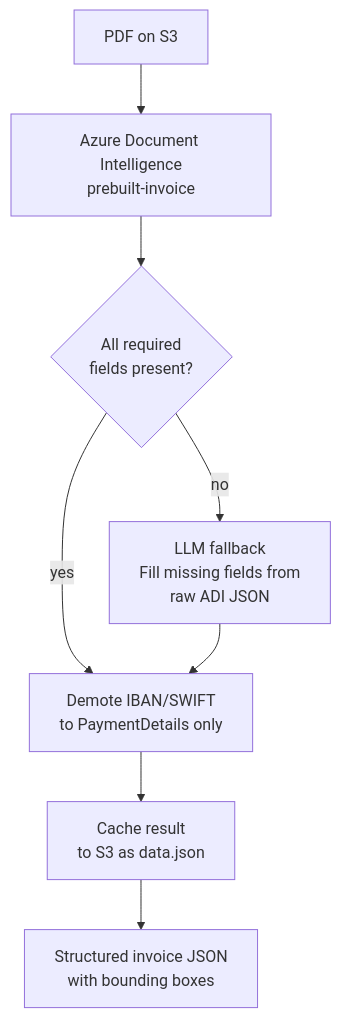
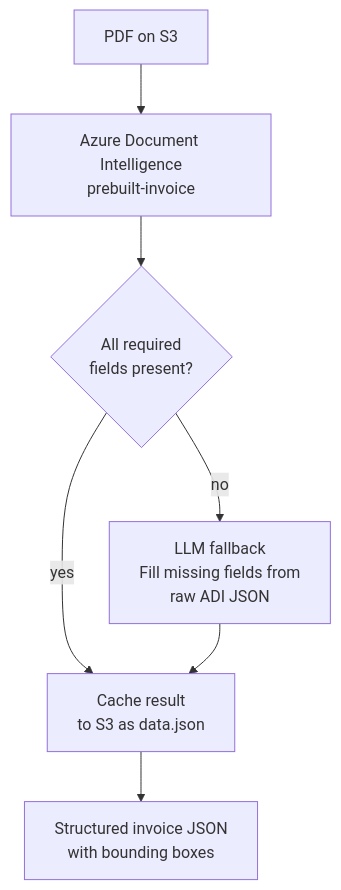
The diagram in README.md (Oviya1330/doc-redact-studio), drawn with Mermaid before and after one commit. The commit also changed other lines of this file, not shown here.

Commit message:
docs: update flow diagram

````diff
--- a/README.md
+++ b/README.md
@@ -9,10 +9,9 @@
 ```mermaid
 flowchart TD
     A[PDF on S3] --> B[Azure Document Intelligence\nprebuilt-invoice]
     B --> C{All required\nfields present?}
-    C -- yes --> E[Demote IBAN/SWIFT\nto PaymentDetails only]
+    C -- yes --> F[Cache result\nto S3 as data.json]
     C -- no --> D[LLM fallback\nFill missing fields from\nraw ADI JSON]
-    D --> E
-    E --> F[Cache result\nto S3 as data.json]
+    D --> F
     F --> G[Structured invoice JSON\nwith bounding boxes]
 ```
````
